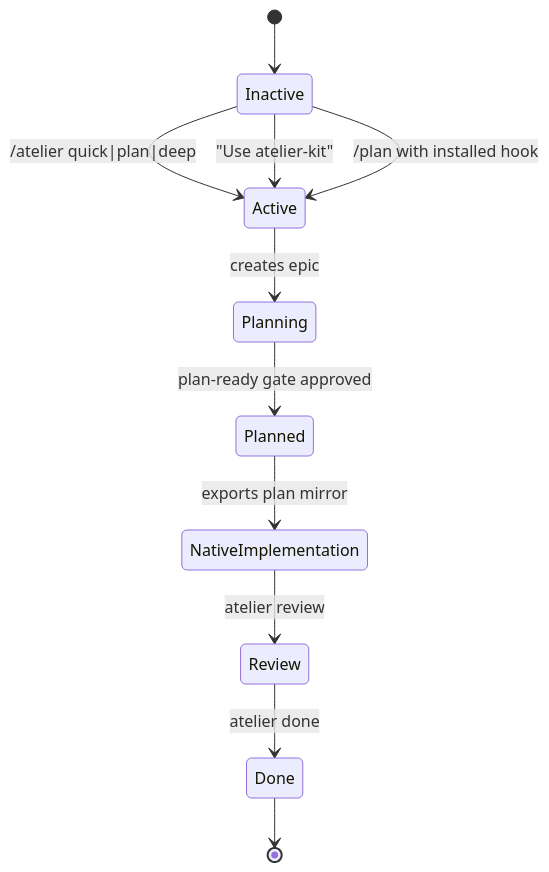
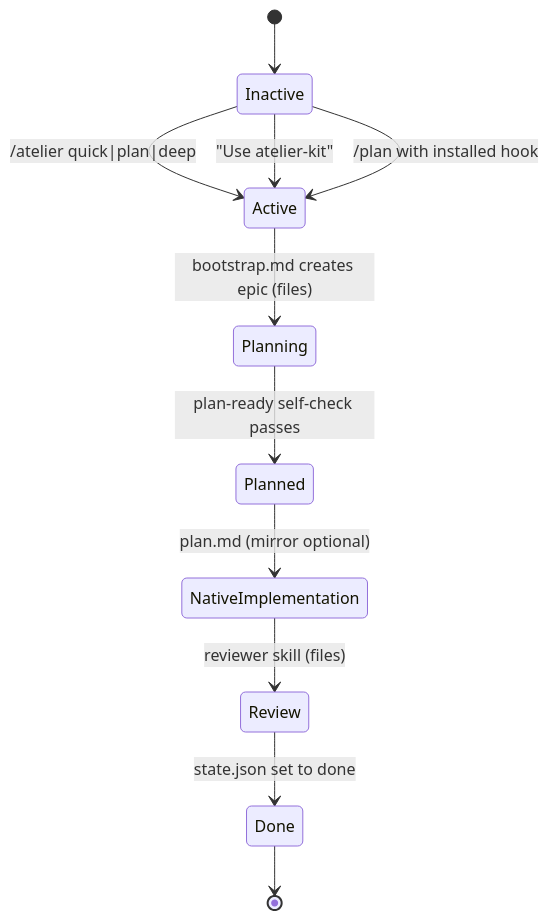
Before and after one commit to atelier-kit/atelier-kit: the second of 17 diagrams in atelier-kit-manifesto.md, drawn with Mermaid. The commit also changed other lines of this file and 31 other files, not shown here.

````diff
--- a/atelier-kit-manifesto.md
+++ b/atelier-kit-manifesto.md
@@ -61,13 +61,13 @@
 ```mermaid
 stateDiagram-v2
     [*] --> Inactive
     Inactive --> Active: /atelier quick|plan|deep
     Inactive --> Active: "Use atelier-kit"
     Inactive --> Active: /plan with installed hook
-    Active --> Planning: creates epic
-    Planning --> Planned: plan-ready gate approved
-    Planned --> NativeImplementation: exports plan mirror
-    NativeImplementation --> Review: atelier review
-    Review --> Done: atelier done
+    Active --> Planning: bootstrap.md creates epic (files)
+    Planning --> Planned: plan-ready self-check passes
+    Planned --> NativeImplementation: plan.md (mirror optional)
+    NativeImplementation --> Review: reviewer skill (files)
+    Review --> Done: state.json set to done
     Done --> [*]
 ```
````
